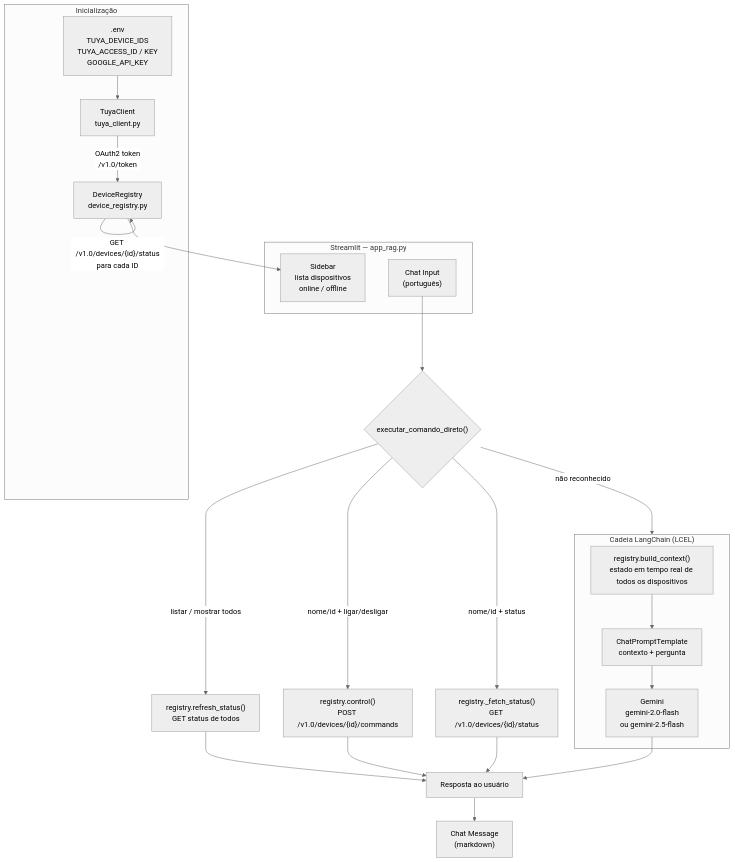
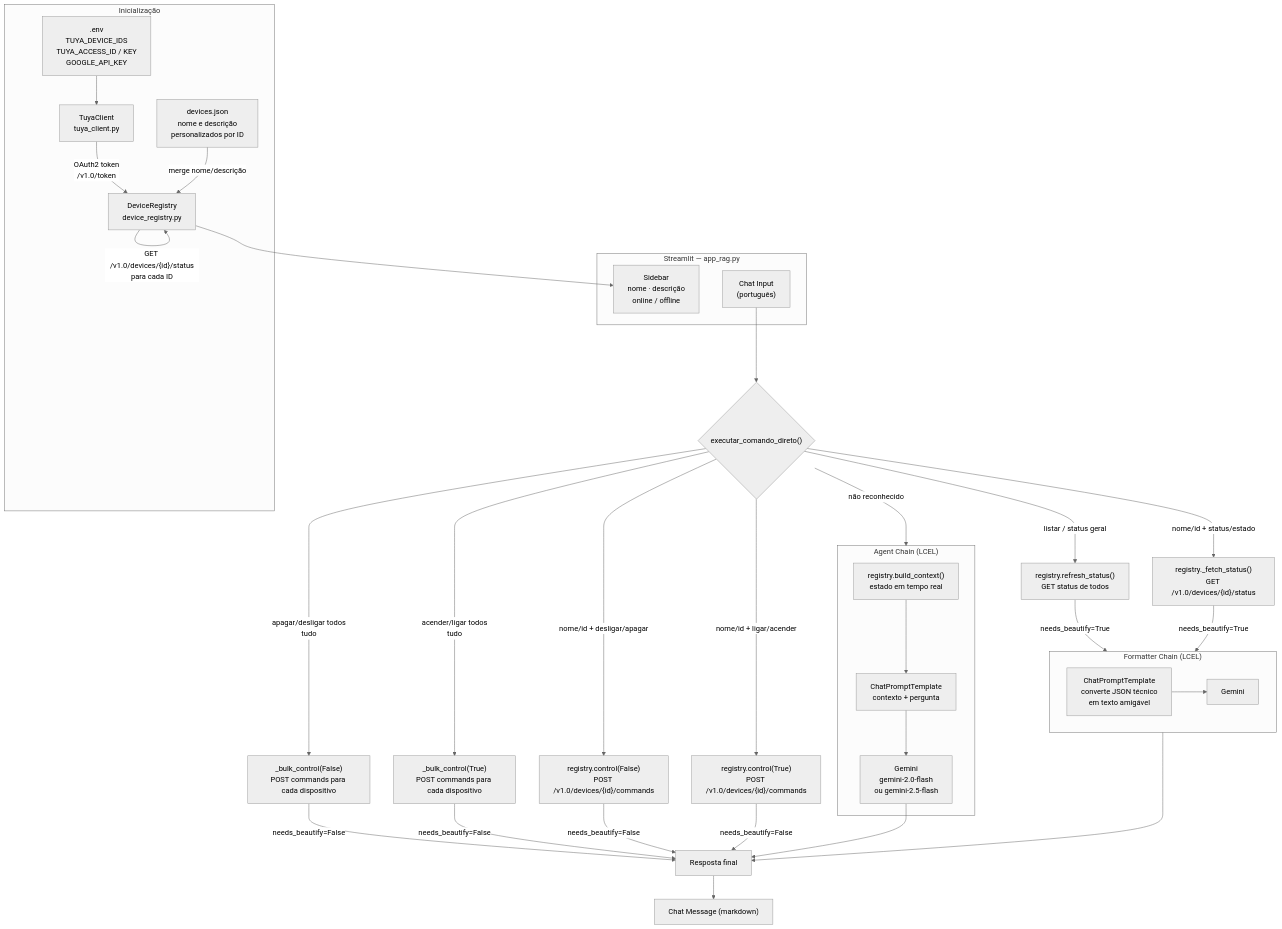
One commit to icseibel/rag-for-iot changed the diagram in ARCHITECTURE.md. Above: the diagram before and after it, drawn with Mermaid (neutral theme). The commit also changed other lines of this file and 3 other files, not shown here.

Commit message:
updated the chain of commands and added extra treatment onthe response

````diff
--- a/ARCHITECTURE.md
+++ b/ARCHITECTURE.md
@@ -5,39 +5,56 @@
 ```mermaid
 flowchart TD
     ENV[".env\nTUYA_DEVICE_IDS\nTUYA_ACCESS_ID / KEY\nGOOGLE_API_KEY"]
+    DJSON["devices.json\nnome e descrição\npersonalizados por ID"]
 
     subgraph Boot ["Inicialização"]
         TC["TuyaClient\ntuya_client.py"]
         DR["DeviceRegistry\ndevice_registry.py"]
         ENV --> TC
         TC -->|"OAuth2 token\n/v1.0/token"| DR
+        DJSON -->|"merge nome/descrição"| DR
         DR -->|"GET /v1.0/devices/{id}\npara cada ID"| DR
         DR -->|"GET /v1.0/devices/{id}/status\npara cada ID"| DR
     end
 
     subgraph UI ["Streamlit — app_rag.py"]
-        SIDEBAR["Sidebar\nlista dispositivos\nonline / offline"]
+        SIDEBAR["Sidebar\nnome · descrição\nonline / offline"]
         INPUT["Chat Input\n(português)"]
         DR --> SIDEBAR
     end
 
     INPUT --> CMD{"executar_comando_direto()"}
 
-    CMD -->|"listar / mostrar todos"| REFRESH["registry.refresh_status()\nGET status de todos"]
-    CMD -->|"nome/id + ligar/desligar"| CTRL["registry.control()\nPOST /v1.0/devices/{id}/commands"]
-    CMD -->|"nome/id + status"| STATUS["registry._fetch_status()\nGET /v1.0/devices/{id}/status"]
-    CMD -->|"não reconhecido"| LLM
+    CMD -->|"apagar/desligar todos\ntudo"| BULK_OFF["_bulk_control(False)\nPOST commands para cada dispositivo"]
+    CMD -->|"acender/ligar todos\ntudo"| BULK_ON["_bulk_control(True)\nPOST commands para cada dispositivo"]
+    CMD -->|"listar / status geral"| REFRESH["registry.refresh_status()\nGET status de todos"]
+    CMD -->|"nome/id + desligar/apagar"| CTRL_OFF["registry.control(False)\nPOST /v1.0/devices/{id}/commands"]
+    CMD -->|"nome/id + ligar/acender"| CTRL_ON["registry.control(True)\nPOST /v1.0/devices/{id}/commands"]
+    CMD -->|"nome/id + status/estado"| STATUS["registry._fetch_status()\nGET /v1.0/devices/{id}/status"]
+    CMD -->|"não reconhecido"| AGENT_CHAIN
 
-    subgraph LLM ["Cadeia LangChain (LCEL)"]
-        CTX["registry.build_context()\nestado em tempo real de todos os dispositivos"]
-        PROMPT["ChatPromptTemplate\ncontexto + pergunta"]
-        GEMINI["Gemini\ngemini-2.0-flash\nou gemini-2.5-flash"]
-        CTX --> PROMPT --> GEMINI
+    BULK_OFF -->|"needs_beautify=False"| ANSWER
+    BULK_ON -->|"needs_beautify=False"| ANSWER
+    CTRL_OFF -->|"needs_beautify=False"| ANSWER
+    CTRL_ON -->|"needs_beautify=False"| ANSWER
+
+    REFRESH -->|"needs_beautify=True"| FMT
+    STATUS -->|"needs_beautify=True"| FMT
+
+    subgraph FMT ["Formatter Chain (LCEL)"]
+        FPROMPT["ChatPromptTemplate\nconverte JSON técnico\nem texto amigável"]
+        FGEMINI["Gemini"]
+        FPROMPT --> FGEMINI
     end
 
-    REFRESH --> ANSWER["Resposta ao usuário"]
-    CTRL --> ANSWER
-    STATUS --> ANSWER
-    GEMINI --> ANSWER
-    ANSWER --> CHAT["Chat Message\n(markdown)"]
+    subgraph AGENT_CHAIN ["Agent Chain (LCEL)"]
+        CTX["registry.build_context()\nestado em tempo real"]
+        APROMPT["ChatPromptTemplate\ncontexto + pergunta"]
+        AGEMINI["Gemini\ngemini-2.0-flash\nou gemini-2.5-flash"]
+        CTX --> APROMPT --> AGEMINI
+    end
+
+    FMT --> ANSWER["Resposta final"]
+    AGEMINI --> ANSWER
+    ANSWER --> CHAT["Chat Message (markdown)"]
 ```
````
